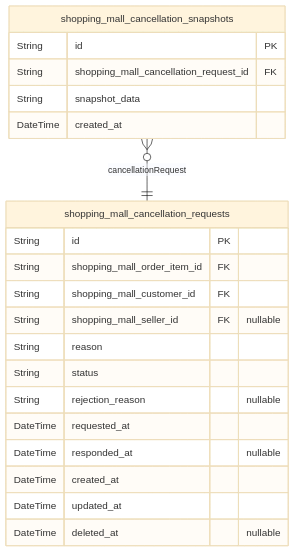
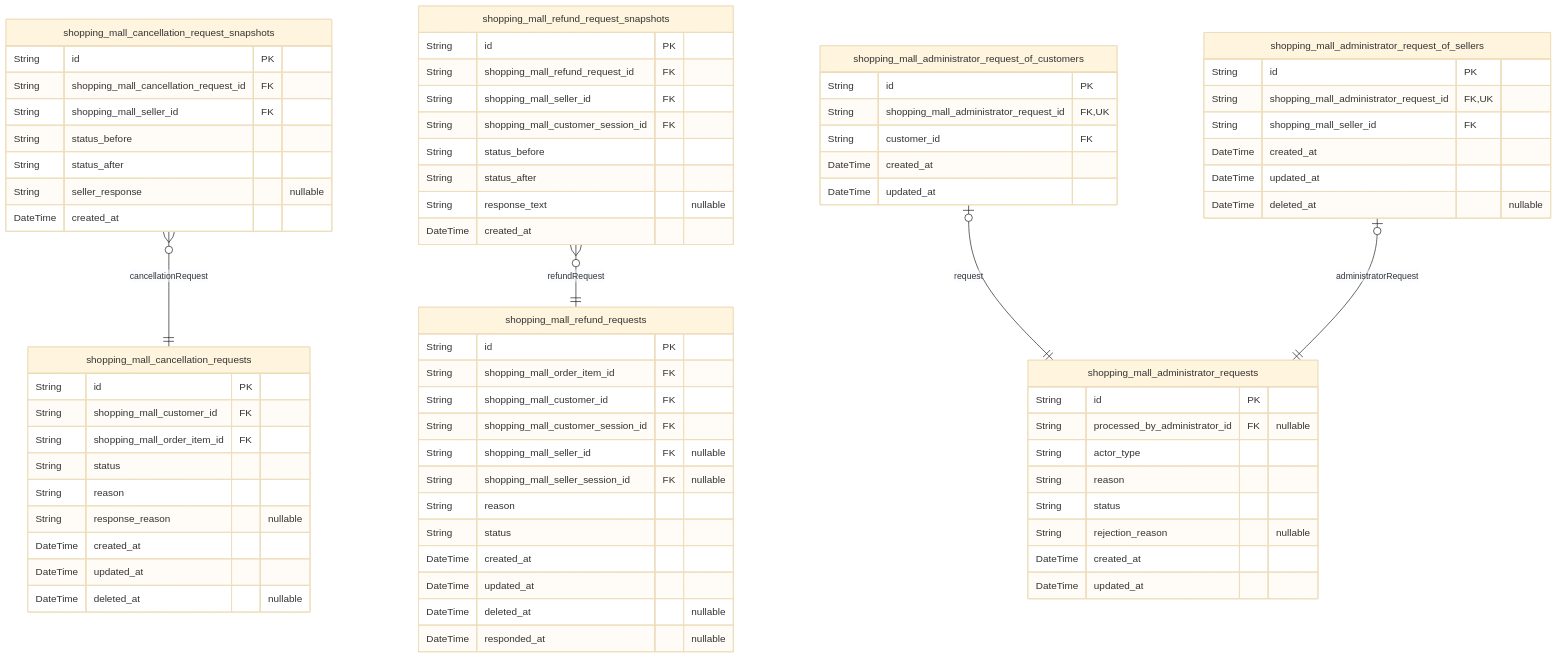
The eighth of 10 diagrams in qwen/qwen3.5-27b/shopping/docs/ERD.md (wrtnlabs/autobe-examples), drawn with Mermaid (base theme) before and after one commit. The commit also changed other lines of this file and 32093 other files, not shown here.

````diff
--- a/qwen/qwen3.5-27b/shopping/docs/ERD.md
+++ b/qwen/qwen3.5-27b/shopping/docs/ERD.md
@@ -1164,24 +2645,76 @@
 ```mermaid
 erDiagram
 "shopping_mall_cancellation_requests" {
   String id PK
+  String shopping_mall_customer_id FK
   String shopping_mall_order_item_id FK
-  String shopping_mall_customer_id FK
-  String shopping_mall_seller_id FK "nullable"
+  String status
   String reason
-  String status
-  String rejection_reason "nullable"
-  DateTime requested_at
-  DateTime responded_at "nullable"
+  String response_reason "nullable"
   DateTime created_at
   DateTime updated_at
   DateTime deleted_at "nullable"
 }
-"shopping_mall_cancellation_snapshots" {
+"shopping_mall_cancellation_request_snapshots" {
   String id PK
   String shopping_mall_cancellation_request_id FK
-  String snapshot_data
+  String shopping_mall_seller_id FK
+  String status_before
+  String status_after
+  String seller_response "nullable"
   DateTime created_at
 }
-"shopping_mall_cancellation_snapshots" }o--|| "shopping_mall_cancellation_requests" : cancellationRequest
+"shopping_mall_refund_requests" {
+  String id PK
+  String shopping_mall_order_item_id FK
+  String shopping_mall_customer_id FK
+  String shopping_mall_customer_session_id FK
+  String shopping_mall_seller_id FK "nullable"
+  String shopping_mall_seller_session_id FK "nullable"
+  String reason
+  String status
+  DateTime created_at
+  DateTime updated_at
+  DateTime deleted_at "nullable"
+  DateTime responded_at "nullable"
+}
+"shopping_mall_refund_request_snapshots" {
+  String id PK
+  String shopping_mall_refund_request_id FK
+  String shopping_mall_seller_id FK
+  String shopping_mall_customer_session_id FK
+  String status_before
+  String status_after
+  String response_text "nullable"
+  DateTime created_at
+}
+"shopping_mall_administrator_requests" {
+  String id PK
+  String processed_by_administrator_id FK "nullable"
+  String actor_type
+  String reason
+  String status
+  String rejection_reason "nullable"
+  DateTime created_at
+  DateTime updated_at
+}
+"shopping_mall_administrator_request_of_customers" {
+  String id PK
+  String shopping_mall_administrator_request_id FK,UK
+  String customer_id FK
+  DateTime created_at
+  DateTime updated_at
+}
+"shopping_mall_administrator_request_of_sellers" {
+  String id PK
+  String shopping_mall_administrator_request_id FK,UK
+  String shopping_mall_seller_id FK
+  DateTime created_at
+  DateTime updated_at
+  DateTime deleted_at "nullable"
+}
+"shopping_mall_cancellation_request_snapshots" }o--|| "shopping_mall_cancellation_requests" : cancellationRequest
+"shopping_mall_refund_request_snapshots" }o--|| "shopping_mall_refund_requests" : refundRequest
+"shopping_mall_administrator_request_of_customers" |o--|| "shopping_mall_administrator_requests" : request
+"shopping_mall_administrator_request_of_sellers" |o--|| "shopping_mall_administrator_requests" : administratorRequest
 ```
````
